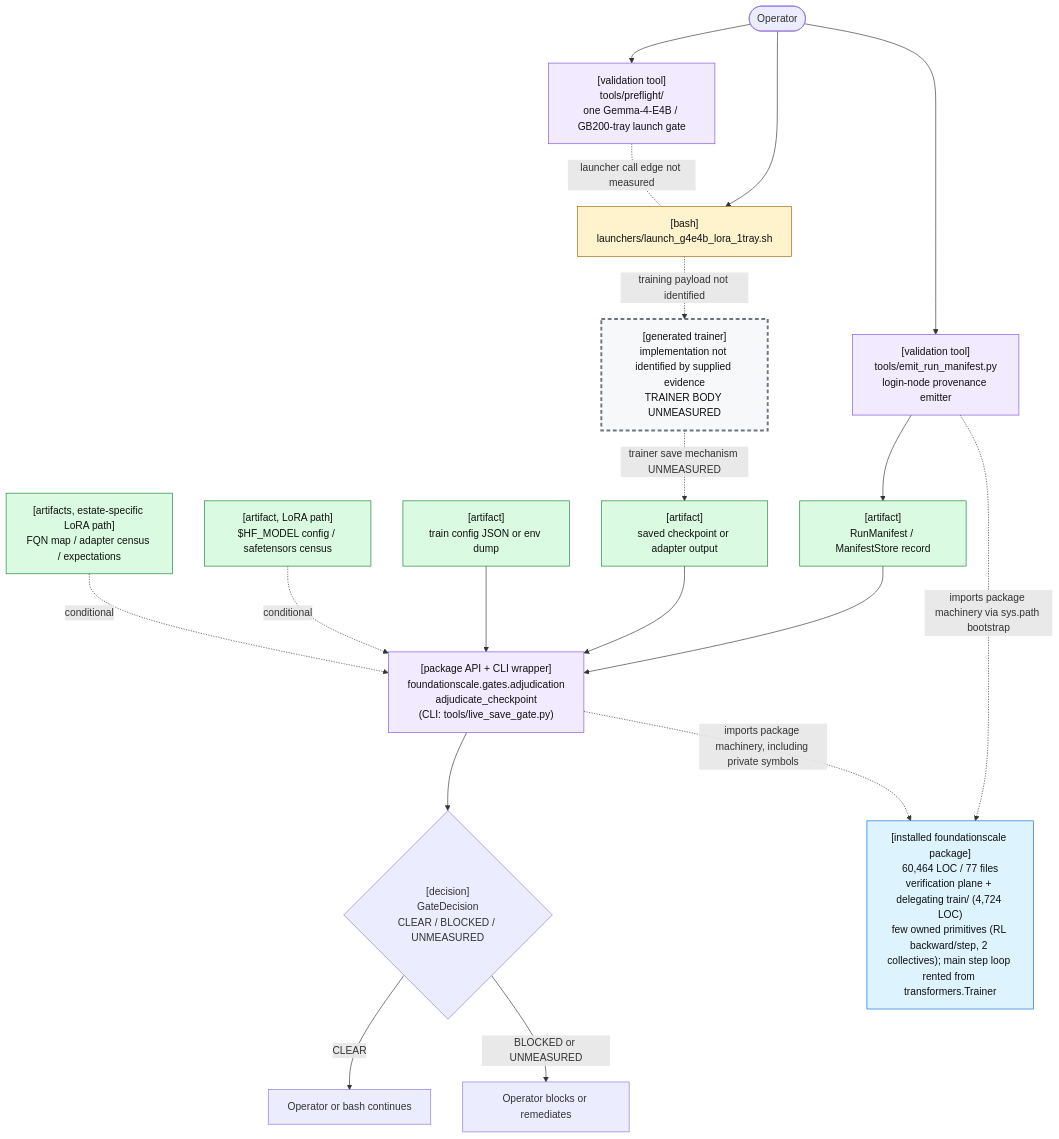
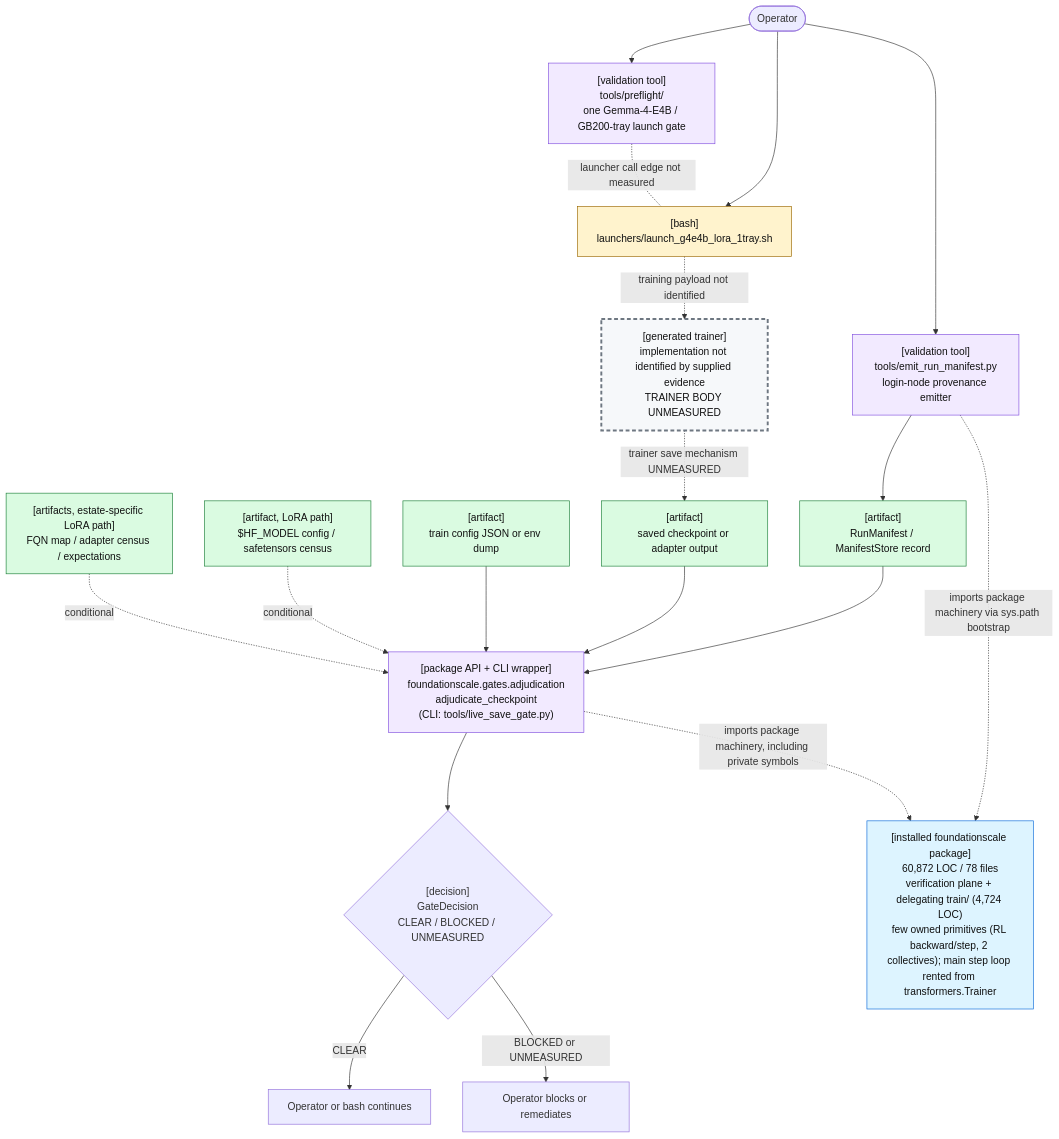
One commit to TranNhiem/FoundationScale changed the first of 2 diagrams in docs/review/D2_current_architecture.md. Above: the diagram before and after it, drawn with Mermaid. The commit also changed other lines of this file and 10 other files, not shown here.

````diff
--- a/docs/review/D2_current_architecture.md
+++ b/docs/review/D2_current_architecture.md
@@ -25,59 +25,59 @@
 ```mermaid
 flowchart TB
   O(["Operator"])
 
   PF["[validation tool]<br/>tools/preflight/<br/>one Gemma-4-E4B / GB200-tray launch gate"]
   L["[bash]<br/>launchers/launch_g4e4b_lora_1tray.sh"]
 
   E["[validation tool]<br/>tools/emit_run_manifest.py<br/>login-node provenance emitter"]
   M["[artifact]<br/>RunManifest / ManifestStore record"]
 
   T["[generated trainer]<br/>implementation not identified by supplied evidence<br/>TRAINER BODY UNMEASURED"]
   C["[artifact]<br/>saved checkpoint or adapter output"]
 
   G["[package API + CLI wrapper]<br/>foundationscale.gates.adjudication<br/>adjudicate_checkpoint<br/>(CLI: tools/live_save_gate.py)"]
   CFG["[artifact]<br/>train config JSON or env dump"]
   BASE["[artifact, LoRA path]<br/>$HF_MODEL config / safetensors census"]
   CEN["[artifacts, estate-specific LoRA path]<br/>FQN map / adapter census / expectations"]
 
   D{"[decision]<br/>GateDecision<br/>CLEAR / BLOCKED / UNMEASURED"}
   OK["Operator or bash continues"]
   NO["Operator blocks or remediates"]
 
-  PKG["[installed foundationscale package]<br/>60,464 LOC / 77 files<br/>verification plane + delegating train/ (4,724 LOC)<br/>few owned primitives (RL backward/step, 2 collectives); main step loop rented from transformers.Trainer"]
+  PKG["[installed foundationscale package]<br/>60,872 LOC / 78 files<br/>verification plane + delegating train/ (4,724 LOC)<br/>few owned primitives (RL backward/step, 2 collectives); main step loop rented from transformers.Trainer"]
 
   O --> PF
   O --> L
   PF -. "launcher call edge not measured" .- L
 
   O --> E
   E --> M
 
   L -. "training payload not identified" .-> T
   T -. "trainer save mechanism UNMEASURED" .-> C
 
   M --> G
   C --> G
   CFG --> G
   BASE -. "conditional" .-> G
   CEN -. "conditional" .-> G
 
   E -. "imports package machinery via sys.path bootstrap" .-> PKG
   G -. "imports package machinery, including private symbols" .-> PKG
 
   G --> D
   D -->|"CLEAR"| OK
   D -->|"BLOCKED or UNMEASURED"| NO
 
   classDef bash fill:#fff3cd,stroke:#9a6700,color:#111;
   classDef tool fill:#f2eaff,stroke:#8250df,color:#111;
   classDef artifact fill:#dafbe1,stroke:#1a7f37,color:#111;
   classDef gap fill:#f6f8fa,stroke:#6e7781,stroke-width:3px,stroke-dasharray: 6 4,color:#111;
   classDef pkg fill:#ddf4ff,stroke:#0969da,color:#111;
 
   class L bash;
   class PF,E,G tool;
   class M,C,CFG,BASE,CEN artifact;
   class T gap;
   class PKG pkg;
 ```
````
